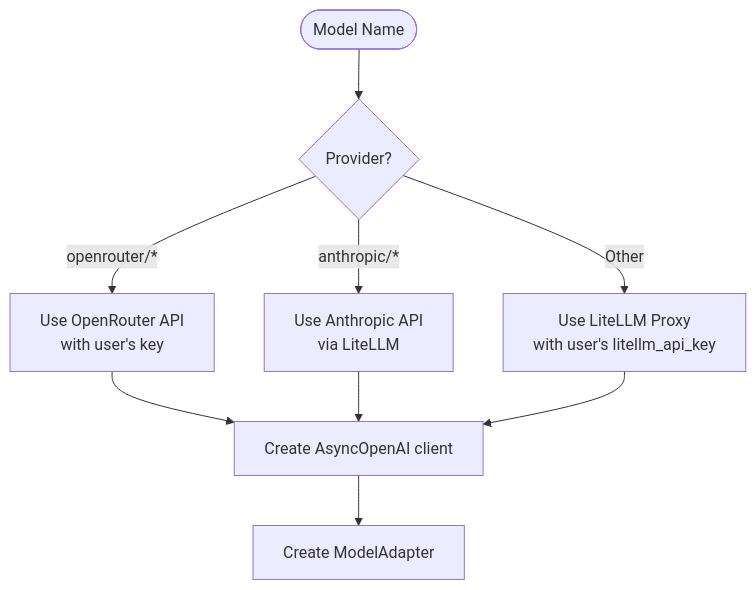
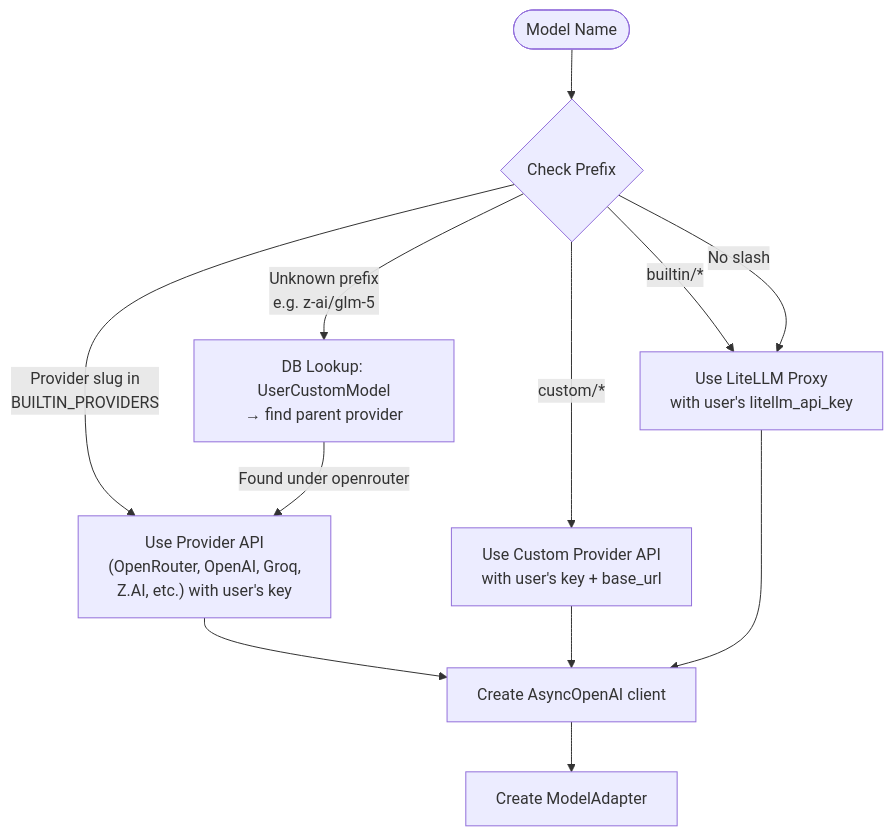
One commit to TesslateAI/Studio changed diagram 36 of 40 in docs/guides/agent-system-architecture.md. Above: the diagram before and after it, drawn with Mermaid. The commit also changed other lines of this file and 97 other files, not shown here.

First line of the commit message:
feat: BYOK model routing improvements, marketplace/UI overhaul, agent enhancements

````diff
--- a/docs/guides/agent-system-architecture.md
+++ b/docs/guides/agent-system-architecture.md
@@ -1140,14 +1141,17 @@
 ```mermaid
 flowchart TB
-    Start([Model Name]) --> Check{Provider?}
+    Start([Model Name]) --> Prefix{Check Prefix}
 
-    Check -->|openrouter/*| OpenRouter["Use OpenRouter API<br/>with user's key"]
-    Check -->|anthropic/*| Anthropic["Use Anthropic API<br/>via LiteLLM"]
-    Check -->|Other| LiteLLM["Use LiteLLM Proxy<br/>with user's litellm_api_key"]
+    Prefix -->|builtin/*| LiteLLM["Use LiteLLM Proxy<br/>with user's litellm_api_key"]
+    Prefix -->|custom/*| Custom["Use Custom Provider API<br/>with user's key + base_url"]
+    Prefix -->|Provider slug in<br/>BUILTIN_PROVIDERS| BYOK["Use Provider API<br/>(OpenRouter, OpenAI, Groq,<br/>Z.AI, etc.) with user's key"]
+    Prefix -->|Unknown prefix<br/>e.g. z-ai/glm-5| DB["DB Lookup: UserCustomModel<br/>→ find parent provider"]
+    Prefix -->|No slash| LiteLLM
+    DB -->|Found under openrouter| BYOK
 
-    OpenRouter --> Client[Create AsyncOpenAI client]
-    Anthropic --> Client
+    BYOK --> Client[Create AsyncOpenAI client]
+    Custom --> Client
     LiteLLM --> Client
 
     Client --> Adapter[Create ModelAdapter]
 ```
````
